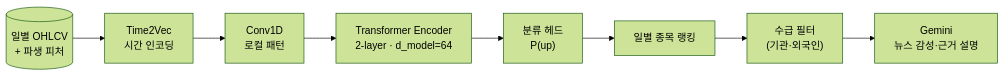
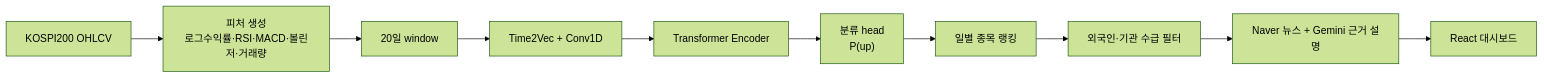
The diagram in README.md (dan6396/deep-learning-stock-trading), drawn with Mermaid (forest theme) before and after one commit. The commit also changed other lines of this file, not shown here.

````diff
--- a/README.md
+++ b/README.md
@@ -106,10 +28,12 @@
 ```mermaid
 flowchart LR
-  D[("일별 OHLCV<br/>+ 파생 피처")] --> T2V["Time2Vec<br/>시간 인코딩"]
-  T2V --> CONV["Conv1D<br/>로컬 패턴"]
-  CONV --> ENC["Transformer Encoder<br/>2-layer · d_model=64"]
-  ENC --> HEAD["분류 헤드<br/>P(up)"]
-  HEAD --> RANK["일별 종목 랭킹"]
-  RANK --> FLOW["수급 필터<br/>(기관·외국인)"]
-  FLOW --> LLM["Gemini<br/>뉴스 감성·근거 설명"]
+  A["KOSPI200 OHLCV"] --> B["피처 생성<br/>로그수익률·RSI·MACD·볼린저·거래량"]
+  B --> C["20일 window"]
+  C --> D["Time2Vec + Conv1D"]
+  D --> E["Transformer Encoder"]
+  E --> F["분류 head<br/>P(up)"]
+  F --> G["일별 종목 랭킹"]
+  G --> H["외국인·기관 수급 필터"]
+  H --> I["Naver 뉴스 + Gemini 근거 설명"]
+  I --> J["React 대시보드"]
 ```
````
